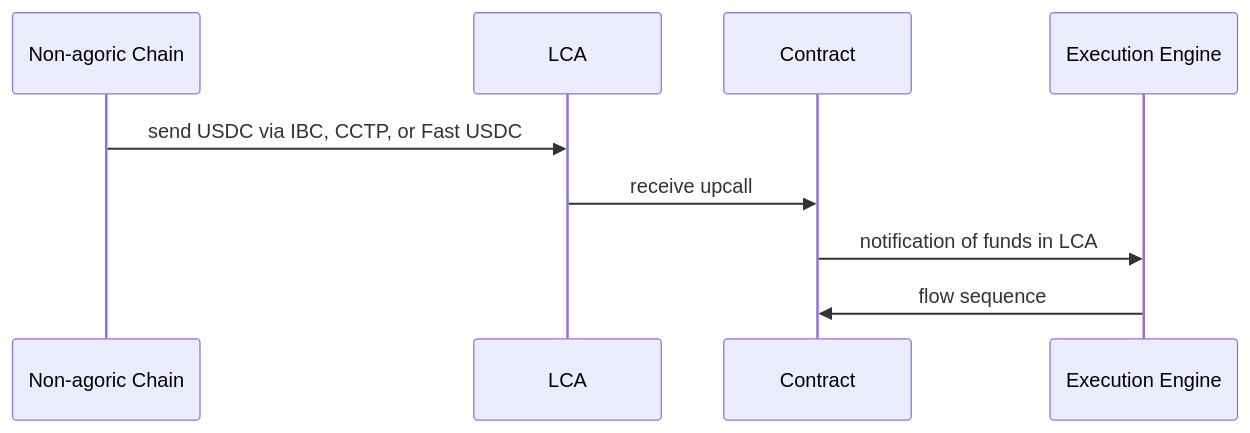
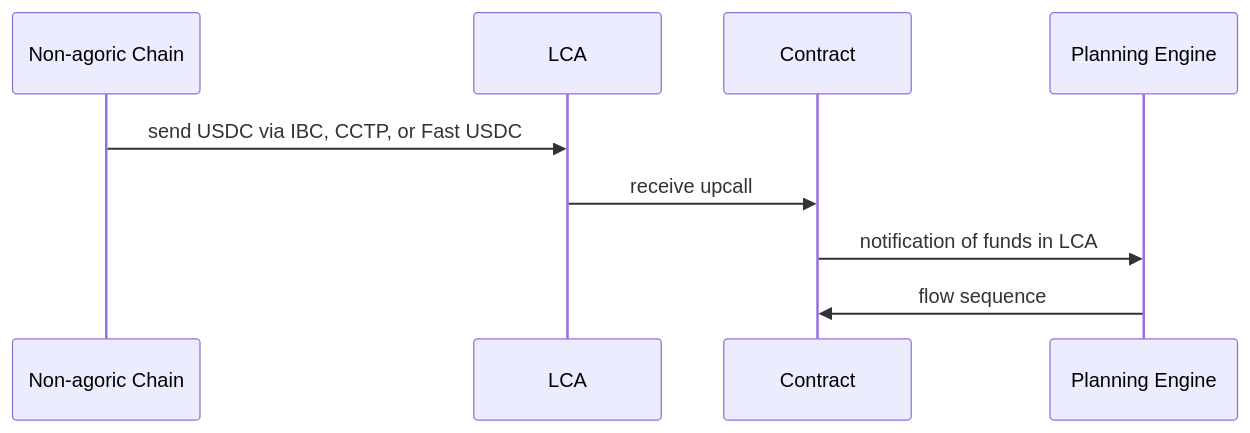
The sixth of 8 diagrams in packages/portfolio-contract/DESIGN-MVP.md (Agoric/agoric-sdk), drawn with Mermaid before and after one commit. The commit also changed other lines of this file, not shown here.

Commit message:
docs(portfolio-contract): update MVP design to match moves spec

````diff
--- a/packages/portfolio-contract/DESIGN-MVP.md
+++ b/packages/portfolio-contract/DESIGN-MVP.md
@@ -63,7 +63,7 @@
 ```mermaid
 sequenceDiagram
   Non-agoric Chain ->> LCA: send USDC via IBC, CCTP, or Fast USDC
   LCA ->> Contract: receive upcall
-  Contract ->> Execution Engine: notification of funds in LCA
-  Execution Engine ->> Contract: flow sequence
+  Contract ->> Planning Engine: notification of funds in LCA
+  Planning Engine ->> Contract: flow sequence
 ```
````
